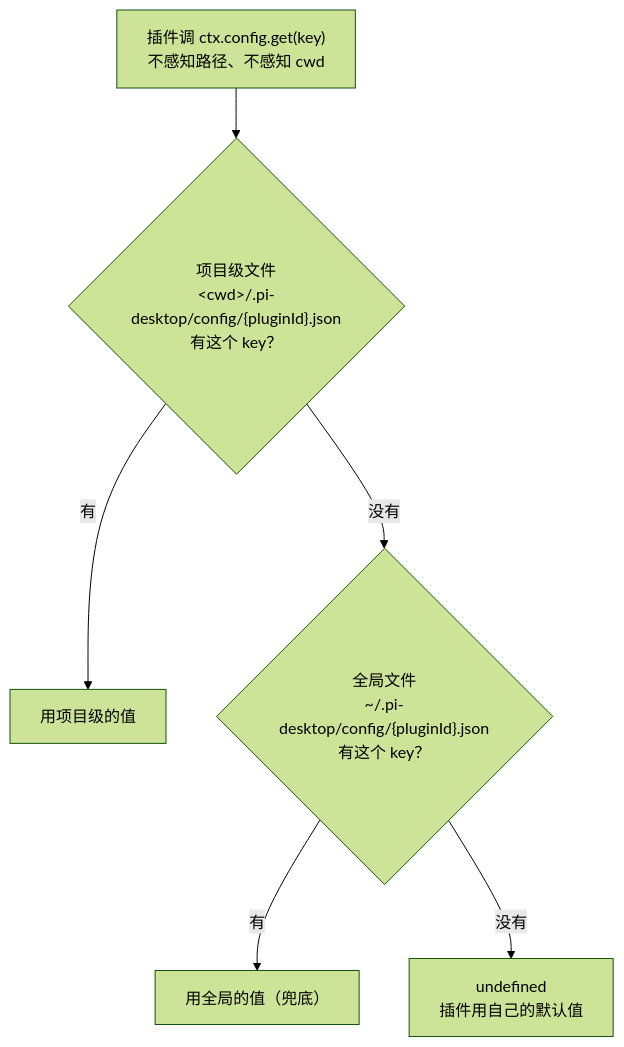
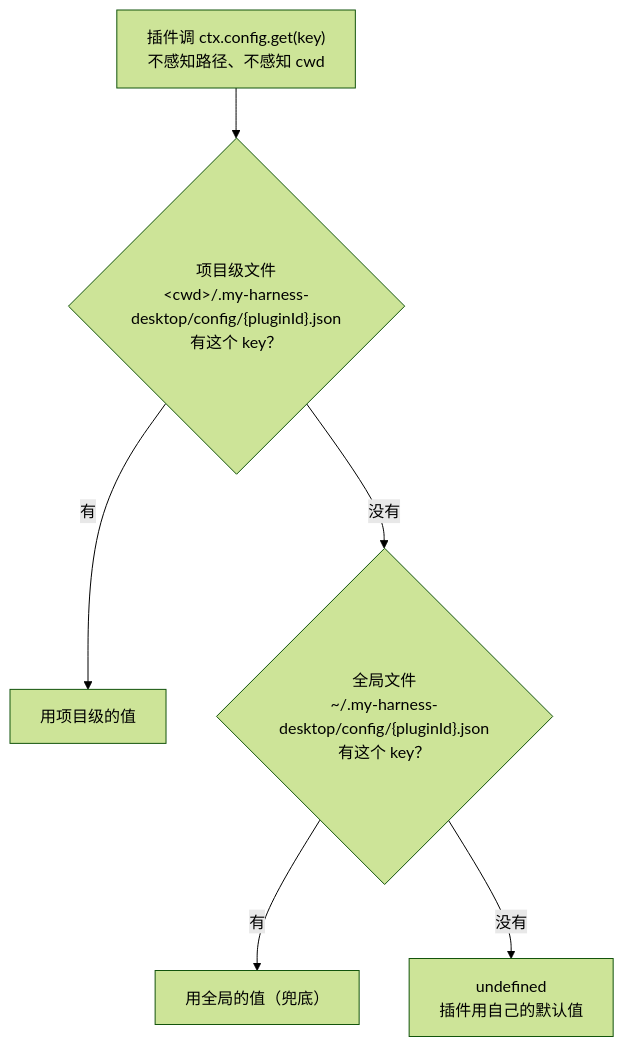
One commit to GOODDAYDAY/my-harness-desktop changed the diagram in docs/design/unified-project-config.md. Above: the diagram before and after it, drawn with Mermaid (forest theme). The commit also changed other lines of this file and 529 other files, not shown here.

First line of the commit message:
chore: 改名 pi-desktop → my-harness-desktop

````diff
--- a/docs/design/unified-project-config.md
+++ b/docs/design/unified-project-config.md
@@ -41,8 +41,8 @@
 ```mermaid
 flowchart TD
-    A["插件调 ctx.config.get(key)<br/>不感知路径、不感知 cwd"] --> B{"项目级文件<br/>&lt;cwd&gt;/.pi-desktop/config/{pluginId}.json<br/>有这个 key？"}
+    A["插件调 ctx.config.get(key)<br/>不感知路径、不感知 cwd"] --> B{"项目级文件<br/>&lt;cwd&gt;/.my-harness-desktop/config/{pluginId}.json<br/>有这个 key？"}
     B -->|有| C["用项目级的值"]
-    B -->|没有| D{"全局文件<br/>~/.pi-desktop/config/{pluginId}.json<br/>有这个 key？"}
+    B -->|没有| D{"全局文件<br/>~/.my-harness-desktop/config/{pluginId}.json<br/>有这个 key？"}
     D -->|有| E["用全局的值（兜底）"]
     D -->|没有| F["undefined<br/>插件用自己的默认值"]
 ```
````
